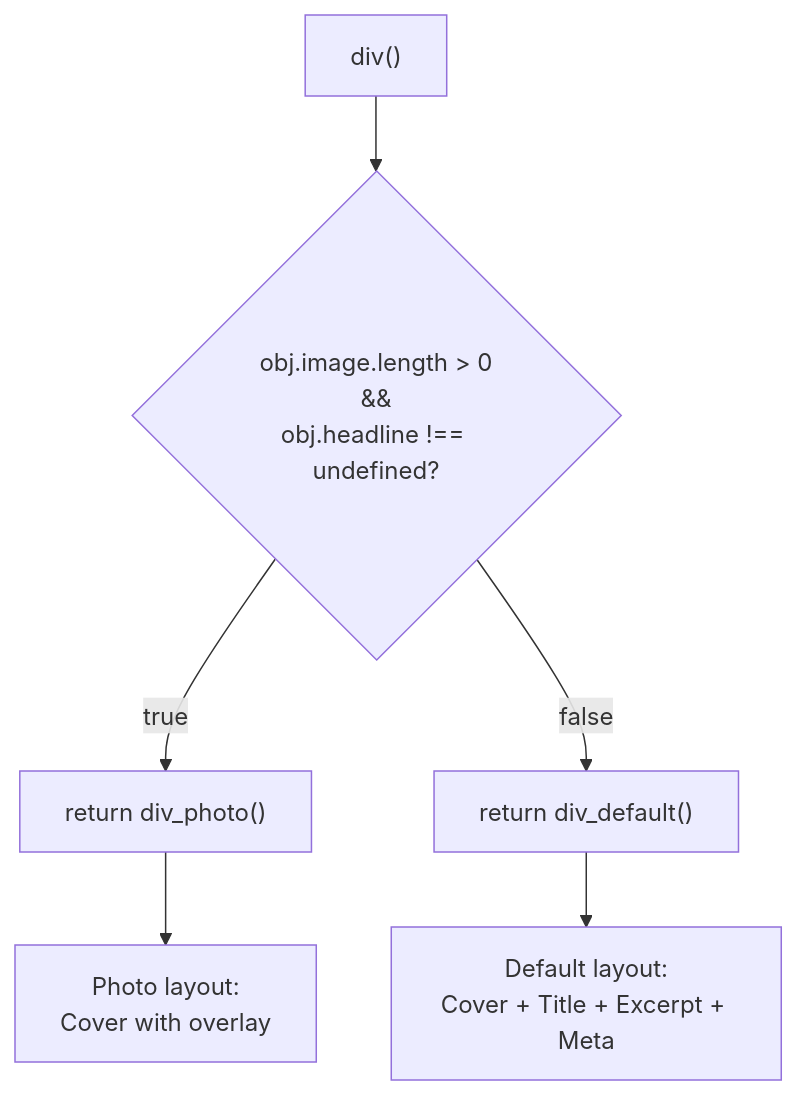
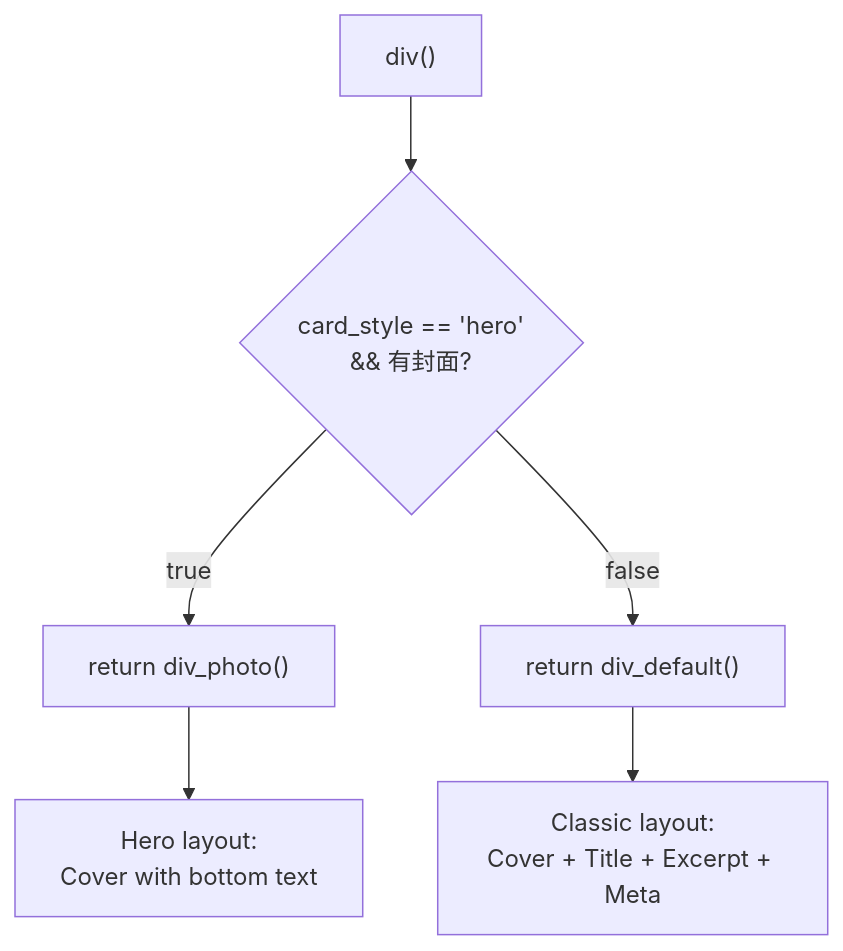
Before and after one commit to xaoxuu/hexo-theme-stellar: the eighth of 10 diagrams in docs/knowledge/03-内容系统/post-lists-cards.md, drawn with Mermaid. The commit also changed other lines of this file and 17 other files, not shown here.

Commit message:
feat(article): 新增 card_style（hero/classic）并移除 poster 配置，统一小字取值

````diff
--- a/docs/knowledge/03-内容系统/post-lists-cards.md
+++ b/docs/knowledge/03-内容系统/post-lists-cards.md
@@ -416,14 +377,14 @@
 ```mermaid
 flowchart TD
     DivFunction["div()"]
-    CheckPhoto{"obj.image.length > 0<br/>&&<br/>obj.headline !== undefined?"}
+    CheckHero{"card_style == 'hero'<br/>&& 有封面?"}
     CallPhoto["return div_photo()"]
     CallDefault["return div_default()"]
     
-    DivFunction --> CheckPhoto
-    CheckPhoto -->|"true"| CallPhoto
-    CheckPhoto -->|"false"| CallDefault
+    DivFunction --> CheckHero
+    CheckHero -->|"true"| CallPhoto
+    CheckHero -->|"false"| CallDefault
     
-    CallPhoto --> PhotoOutput["Photo layout:<br/>Cover with overlay"]
-    CallDefault --> DefaultOutput["Default layout:<br/>Cover + Title + Excerpt + Meta"]
+    CallPhoto --> HeroOutput["Hero layout:<br/>Cover with bottom text"]
+    CallDefault --> ClassicOutput["Classic layout:<br/>Cover + Title + Excerpt + Meta"]
 ```
````
